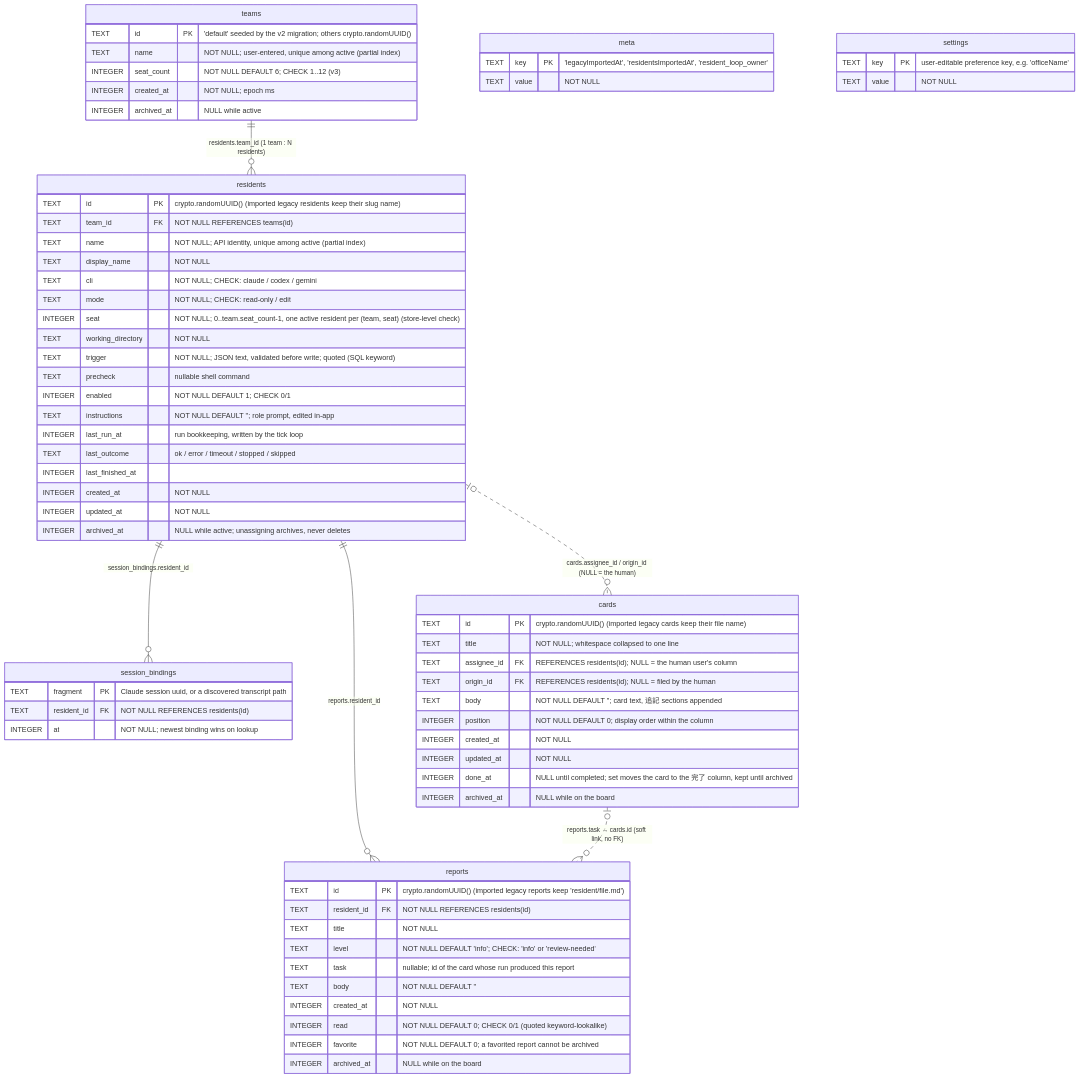
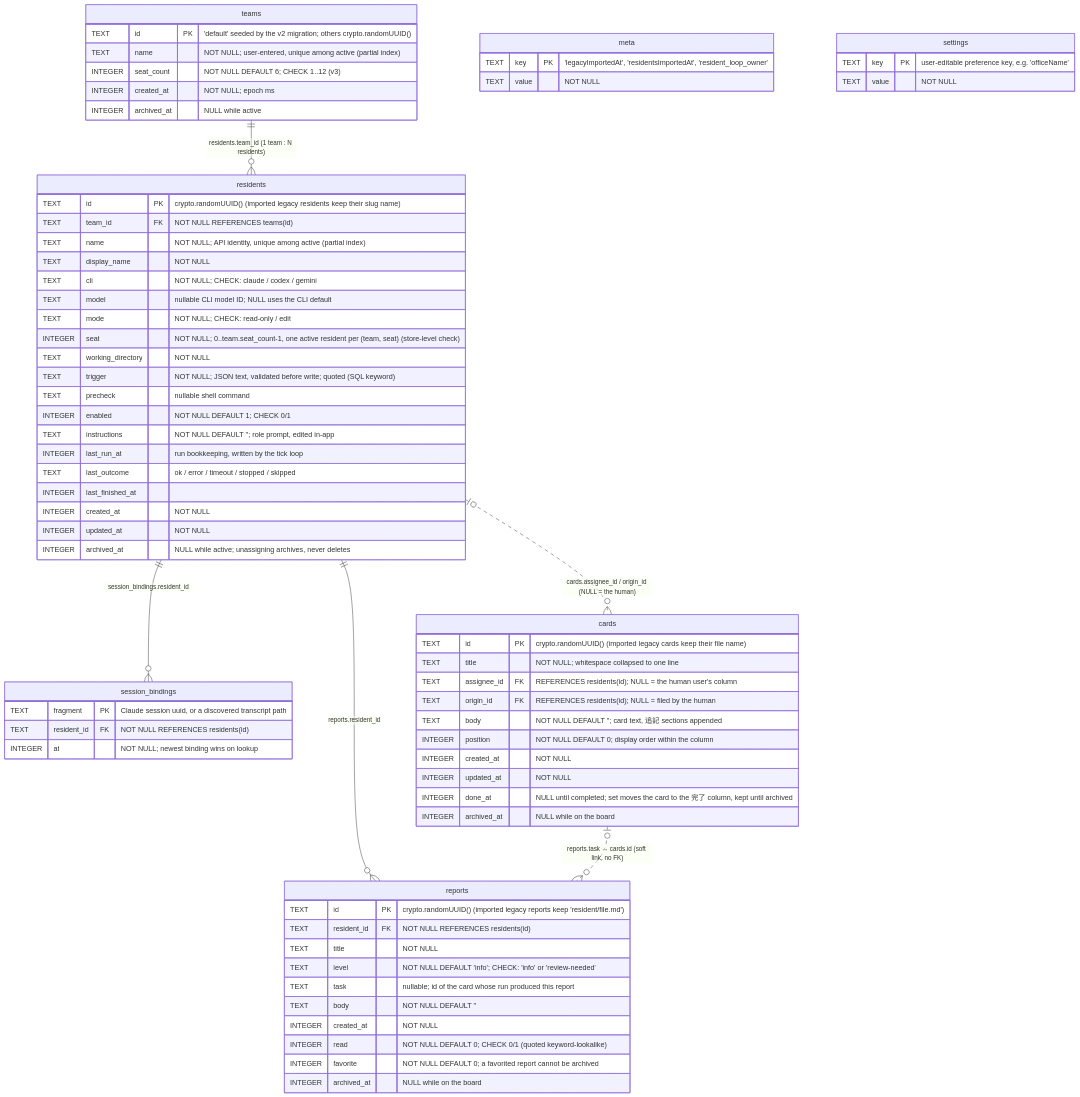
One commit to raihara3/ai-office changed the diagram in docs/database.md. Above: the diagram before and after it, drawn with Mermaid. The commit also changed other lines of this file and 14 other files, not shown here.

````diff
--- a/docs/database.md
+++ b/docs/database.md
@@ -11,79 +11,80 @@
 ```mermaid
 erDiagram
     teams ||--o{ residents : "residents.team_id (1 team : N residents)"
     residents ||--o{ session_bindings : "session_bindings.resident_id"
     residents |o..o{ cards : "cards.assignee_id / origin_id (NULL = the human)"
     residents ||--o{ reports : "reports.resident_id"
     cards |o..o{ reports : "reports.task → cards.id (soft link, no FK)"
 
     teams {
         TEXT    id          PK "'default' seeded by the v2 migration; others crypto.randomUUID()"
         TEXT    name           "NOT NULL; user-entered, unique among active (partial index)"
         INTEGER seat_count     "NOT NULL DEFAULT 6; CHECK 1..12 (v3)"
         INTEGER created_at     "NOT NULL; epoch ms"
         INTEGER archived_at    "NULL while active"
     }
 
     residents {
         TEXT    id                PK "crypto.randomUUID() (imported legacy residents keep their slug name)"
         TEXT    team_id           FK "NOT NULL REFERENCES teams(id)"
         TEXT    name              "NOT NULL; API identity, unique among active (partial index)"
         TEXT    display_name      "NOT NULL"
         TEXT    cli               "NOT NULL; CHECK: claude / codex / gemini"
+        TEXT    model             "nullable CLI model ID; NULL uses the CLI default"
         TEXT    mode              "NOT NULL; CHECK: read-only / edit"
         INTEGER seat              "NOT NULL; 0..team.seat_count-1, one active resident per (team, seat) (store-level check)"
         TEXT    working_directory "NOT NULL"
         TEXT    trigger           "NOT NULL; JSON text, validated before write; quoted (SQL keyword)"
         TEXT    precheck          "nullable shell command"
         INTEGER enabled           "NOT NULL DEFAULT 1; CHECK 0/1"
         TEXT    instructions      "NOT NULL DEFAULT ''; role prompt, edited in-app"
         INTEGER last_run_at       "run bookkeeping, written by the tick loop"
         TEXT    last_outcome      "ok / error / timeout / stopped / skipped"
         INTEGER last_finished_at  ""
         INTEGER created_at        "NOT NULL"
         INTEGER updated_at        "NOT NULL"
         INTEGER archived_at       "NULL while active; unassigning archives, never deletes"
     }
 
     session_bindings {
         TEXT    fragment    PK "Claude session uuid, or a discovered transcript path"
         TEXT    resident_id FK "NOT NULL REFERENCES residents(id)"
         INTEGER at             "NOT NULL; newest binding wins on lookup"
     }
 
     cards {
         TEXT    id          PK "crypto.randomUUID() (imported legacy cards keep their file name)"
         TEXT    title          "NOT NULL; whitespace collapsed to one line"
         TEXT    assignee_id FK "REFERENCES residents(id); NULL = the human user's column"
         TEXT    origin_id   FK "REFERENCES residents(id); NULL = filed by the human"
         TEXT    body           "NOT NULL DEFAULT ''; card text, 追記 sections appended"
         INTEGER position       "NOT NULL DEFAULT 0; display order within the column"
         INTEGER created_at     "NOT NULL"
         INTEGER updated_at     "NOT NULL"
         INTEGER done_at        "NULL until completed; set moves the card to the 完了 column, kept until archived"
         INTEGER archived_at    "NULL while on the board"
     }
 
     reports {
         TEXT    id          PK "crypto.randomUUID() (imported legacy reports keep 'resident/file.md')"
         TEXT    resident_id FK "NOT NULL REFERENCES residents(id)"
         TEXT    title          "NOT NULL"
         TEXT    level          "NOT NULL DEFAULT 'info'; CHECK: 'info' or 'review-needed'"
         TEXT    task           "nullable; id of the card whose run produced this report"
         TEXT    body           "NOT NULL DEFAULT ''"
         INTEGER created_at     "NOT NULL"
         INTEGER read           "NOT NULL DEFAULT 0; CHECK 0/1 (quoted keyword-lookalike)"
         INTEGER favorite       "NOT NULL DEFAULT 0; a favorited report cannot be archived"
         INTEGER archived_at    "NULL while on the board"
     }
 
     meta {
         TEXT key   PK "'legacyImportedAt', 'residentsImportedAt', 'resident_loop_owner'"
         TEXT value    "NOT NULL"
     }
 
     settings {
         TEXT key   PK "user-editable preference key, e.g. 'officeName'"
         TEXT value    "NOT NULL"
     }
 ```
````
